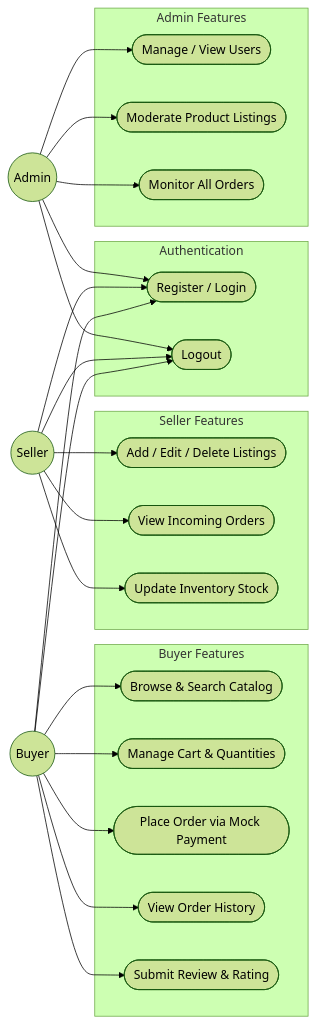
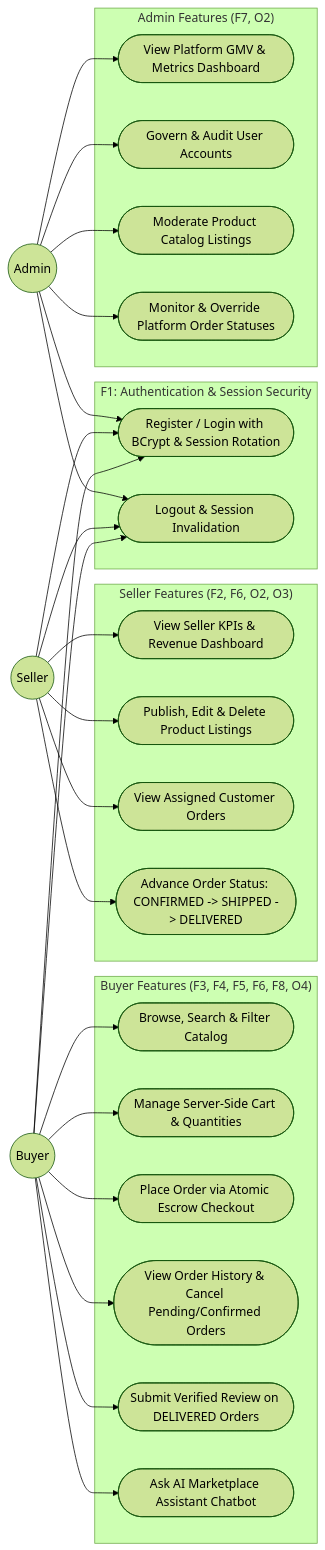
Before and after one commit to mohanraj2707/MohanMart: the diagram in docs/diagrams/D2_use_case_diagram.md, drawn with Mermaid (forest theme). The commit also changed other lines of this file and 1 other file, not shown here.

Commit message:
docs: update D2 use-case and D4 architecture diagrams with AI chatbot

````diff
--- a/docs/diagrams/D2_use_case_diagram.md
+++ b/docs/diagrams/D2_use_case_diagram.md
@@ -5,51 +5,57 @@
 ```mermaid
 flowchart LR
     Buyer((Buyer))
     Seller((Seller))
     Admin((Admin))
 
-    subgraph Authentication
-        UC1([Register / Login])
-        UC2([Logout])
+    subgraph Authentication ["F1: Authentication & Session Security"]
+        UC1([Register / Login with BCrypt & Session Rotation])
+        UC2([Logout & Session Invalidation])
     end
 
-    subgraph Buyer_Features["Buyer Features"]
-        UC3([Browse & Search Catalog])
-        UC4([Manage Cart & Quantities])
-        UC5([Place Order via Mock Payment])
-        UC6([View Order History])
-        UC7([Submit Review & Rating])
+    subgraph Buyer_Features ["Buyer Features (F3, F4, F5, F6, F8, O4)"]
+        UC3([Browse, Search & Filter Catalog])
+        UC4([Manage Server-Side Cart & Quantities])
+        UC5([Place Order via Atomic Escrow Checkout])
+        UC6([View Order History & Cancel Pending/Confirmed Orders])
+        UC7([Submit Verified Review on DELIVERED Orders])
+        UC8([Ask AI Marketplace Assistant Chatbot])
     end
 
-    subgraph Seller_Features["Seller Features"]
-        UC8([Add / Edit / Delete Listings])
-        UC9([View Incoming Orders])
-        UC10([Update Inventory Stock])
+    subgraph Seller_Features ["Seller Features (F2, F6, O2, O3)"]
+        UC9([View Seller KPIs & Revenue Dashboard])
+        UC10([Publish, Edit & Delete Product Listings])
+        UC11([View Assigned Customer Orders])
+        UC12([Advance Order Status: CONFIRMED -> SHIPPED -> DELIVERED])
     end
 
-    subgraph Admin_Features["Admin Features"]
-        UC11([Manage / View Users])
-        UC12([Moderate Product Listings])
-        UC13([Monitor All Orders])
+    subgraph Admin_Features ["Admin Features (F7, O2)"]
+        UC13([View Platform GMV & Metrics Dashboard])
+        UC14([Govern & Audit User Accounts])
+        UC15([Moderate Product Catalog Listings])
+        UC16([Monitor & Override Platform Order Statuses])
     end
 
     Buyer --> UC1
     Buyer --> UC2
     Buyer --> UC3
     Buyer --> UC4
     Buyer --> UC5
     Buyer --> UC6
     Buyer --> UC7
+    Buyer --> UC8
 
     Seller --> UC1
     Seller --> UC2
-    Seller --> UC8
     Seller --> UC9
     Seller --> UC10
+    Seller --> UC11
+    Seller --> UC12
 
     Admin --> UC1
     Admin --> UC2
-    Admin --> UC11
-    Admin --> UC12
     Admin --> UC13
+    Admin --> UC14
+    Admin --> UC15
+    Admin --> UC16
 ```
````
